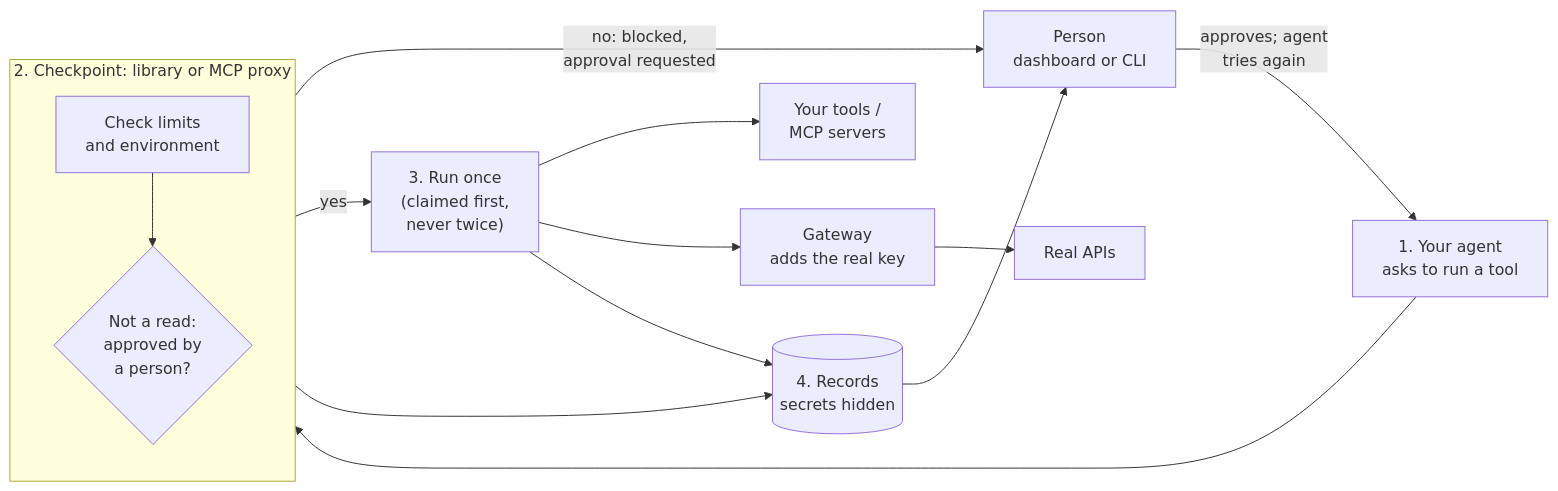
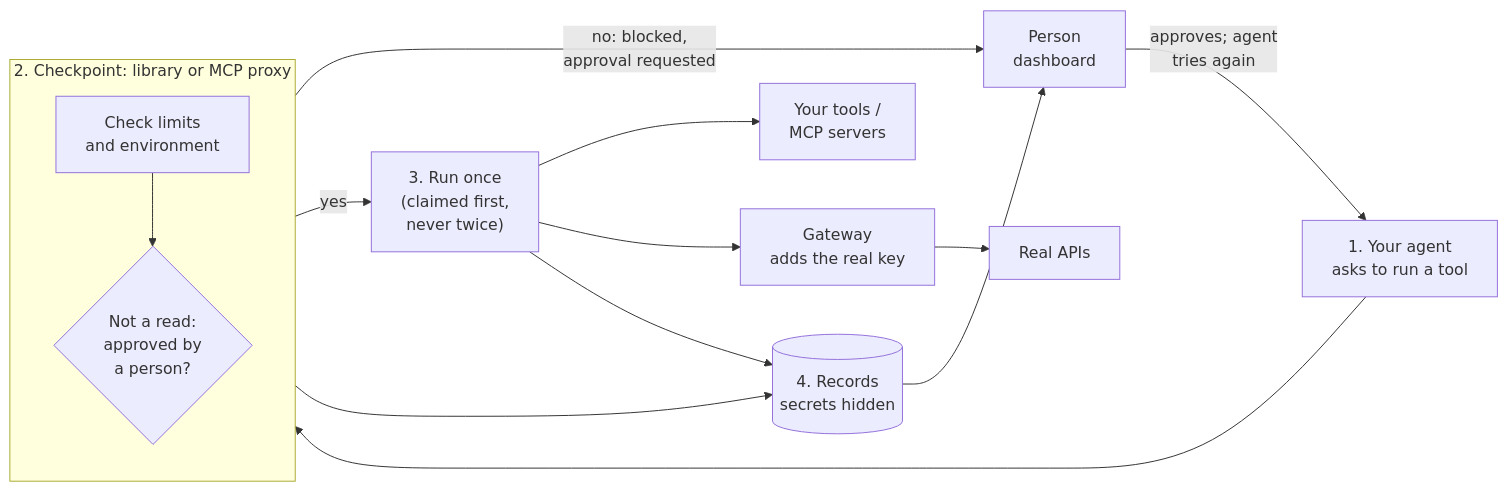
The first of 3 diagrams in README.md (GreyyDaze/agent-action-gateway), drawn with Mermaid before and after one commit. The commit also changed other lines of this file and 6 other files, not shown here.

````diff
--- a/README.md
+++ b/README.md
@@ -75,20 +80,20 @@
 ```mermaid
 flowchart LR
     A["1. Your agent<br/>asks to run a tool"] --> C
 
     subgraph C["2. Checkpoint: library or MCP proxy"]
         direction TB
         K["Check limits<br/>and environment"] --> AP{"Not a read:<br/>approved by<br/>a person?"}
     end
 
     AP -->|no: blocked,<br/>approval requested| P
     AP -->|yes| O["3. Run once<br/>(claimed first,<br/>never twice)"]
     O --> T[Your tools /<br/>MCP servers]
     O --> G["Gateway<br/>adds the real key"]
     G --> API[Real APIs]
 
     C --> R[("4. Records<br/>secrets hidden")]
     O --> R
-    R --> P["Person<br/>dashboard or CLI"]
+    R --> P["Person<br/>dashboard"]
     P -->|approves; agent<br/>tries again| A
 ```
````
